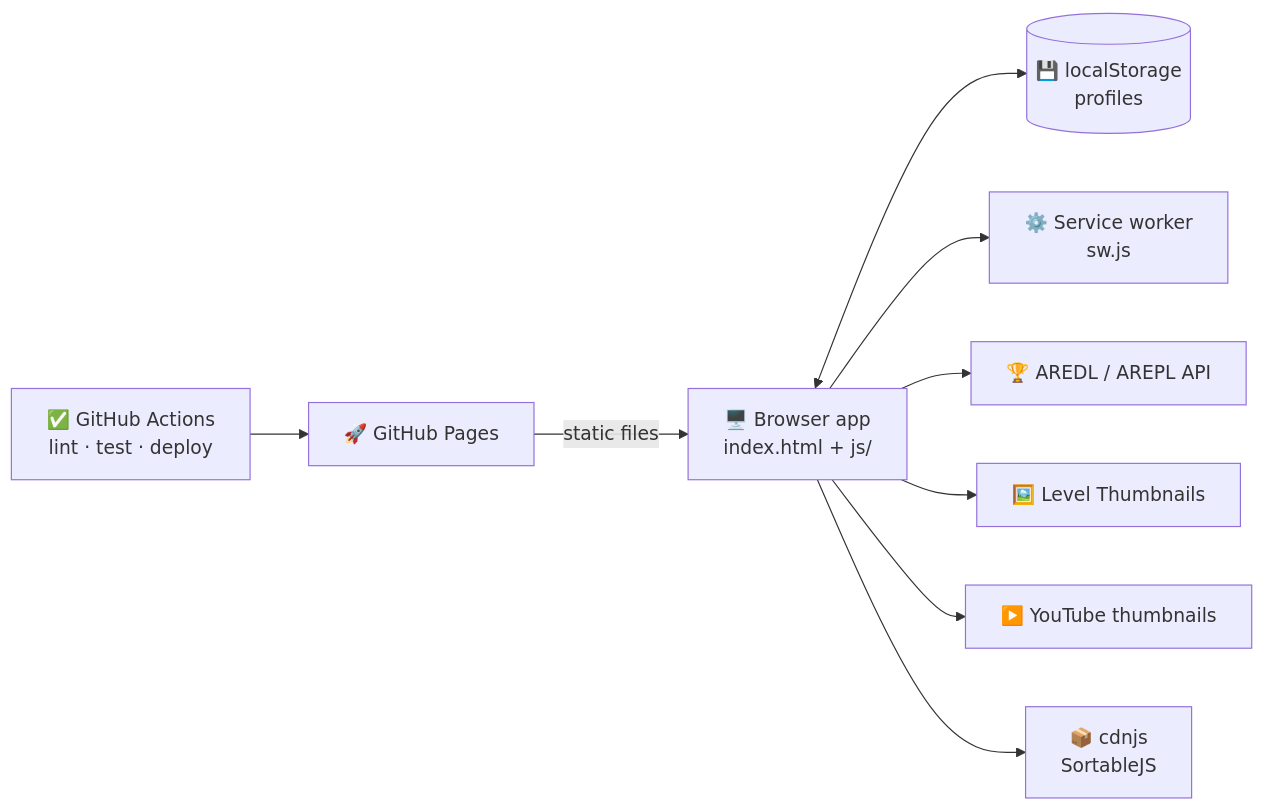
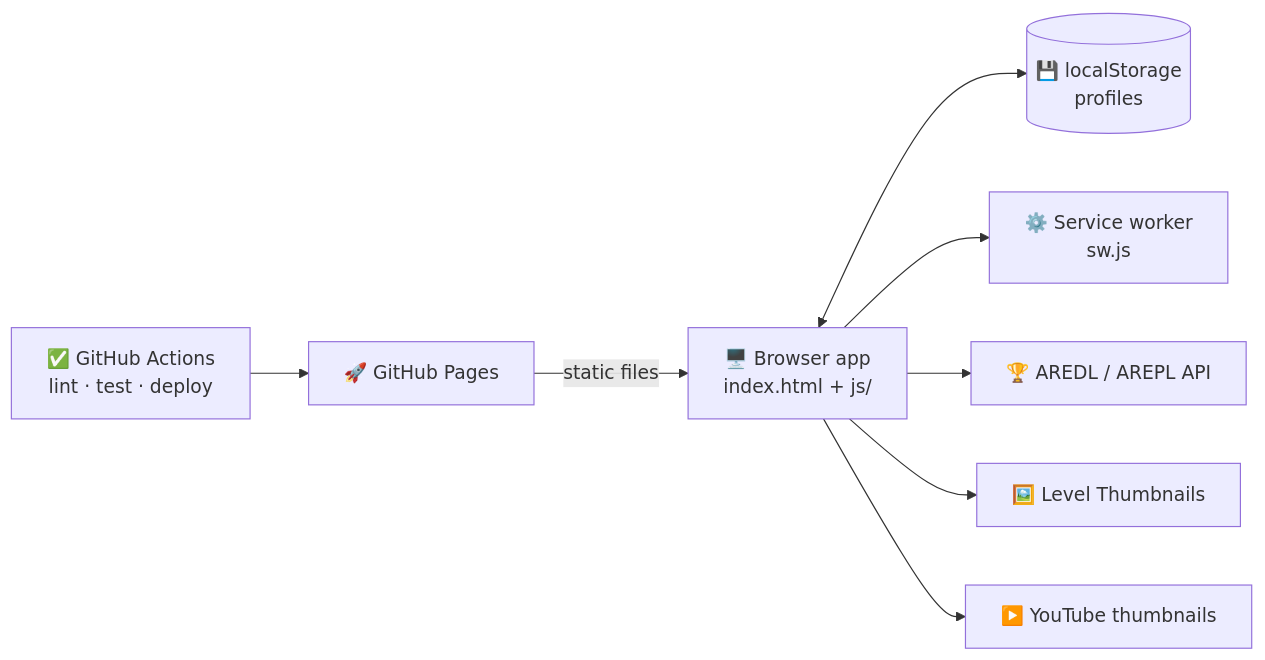
Before and after one commit to Wal-014/Personal-Progress-List: the diagram in README.md, drawn with Mermaid. The commit also changed other lines of this file and 4 other files, not shown here.

````diff
--- a/README.md
+++ b/README.md
@@ -40,11 +40,10 @@
 ```mermaid
 flowchart LR
     CI["✅ GitHub Actions<br/>lint · test · deploy"] --> GH
     GH["🚀 GitHub Pages"] -->|static files| B["🖥️ Browser app<br/>index.html + js/"]
     B <--> LS[("💾 localStorage<br/>profiles")]
     B --> SW["⚙️ Service worker<br/>sw.js"]
     B --> A["🏆 AREDL / AREPL API"]
     B --> T["🖼️ Level Thumbnails"]
     B --> Y["▶️ YouTube thumbnails"]
-    B --> C["📦 cdnjs<br/>SortableJS"]
 ```
````
